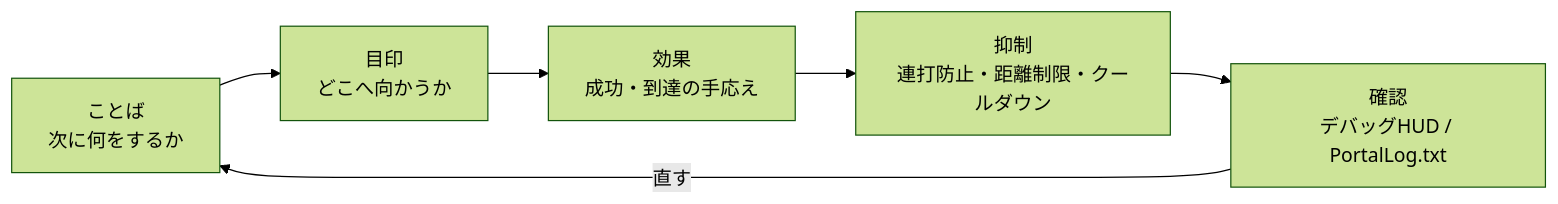
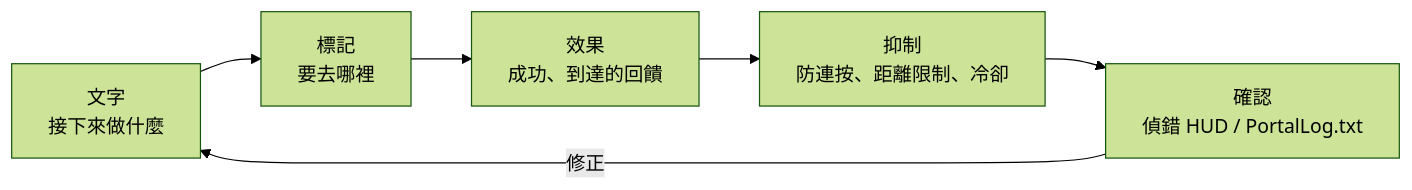
One commit to link1345/bf-portal-book changed the diagram in content/locales/zh-TW/chapters/8-action.md. Above: the diagram before and after it, drawn with Mermaid (forest theme). The commit also changed other lines of this file and 2 other files, not shown here.

````diff
--- a/content/locales/zh-TW/chapters/8-action.md
+++ b/content/locales/zh-TW/chapters/8-action.md
@@ -19,11 +19,11 @@
 ```mermaid
 flowchart LR
-  message["ことば<br/>次に何をするか"]
-  icon["目印<br/>どこへ向かうか"]
-  effect["効果<br/>成功・到達の手応え"]
-  limit["抑制<br/>連打防止・距離制限・クールダウン"]
-  debug["確認<br/>デバッグHUD / PortalLog.txt"]
+  message["文字<br/>接下來做什麼"]
+  icon["標記<br/>要去哪裡"]
+  effect["效果<br/>成功、到達的回饋"]
+  limit["抑制<br/>防連按、距離限制、冷卻"]
+  debug["確認<br/>偵錯 HUD / PortalLog.txt"]
 
   message --> icon --> effect --> limit --> debug
-  debug -- "直す" --> message
+  debug -- "修正" --> message
 ```
````
